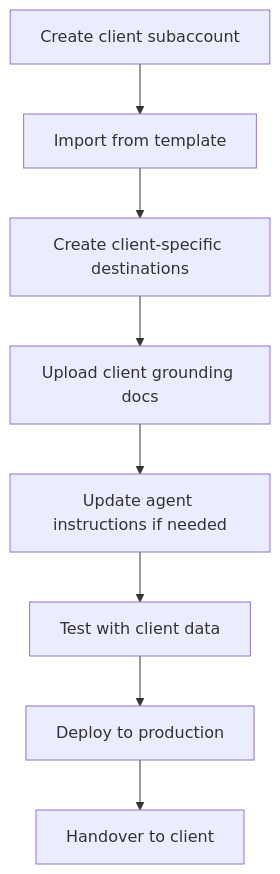
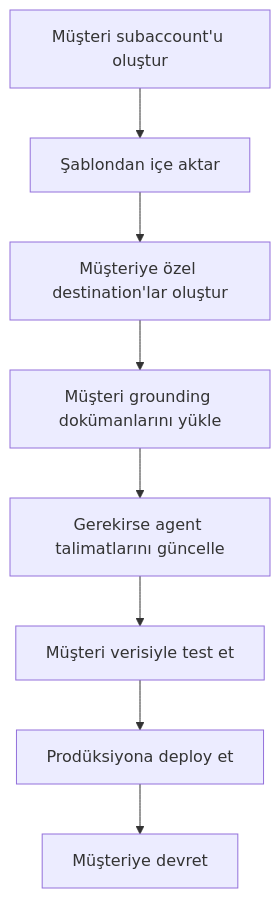
Before and after one commit to beyhanmeyrali/sap-all: the third of 8 diagrams in Technical Tutorials/BTP/TR/chapters/13-cross-customer-deployments.md, drawn with Mermaid. The commit also changed other lines of this file and 11 other files, not shown here.

````diff
--- a/Technical Tutorials/BTP/TR/chapters/13-cross-customer-deployments.md
+++ b/Technical Tutorials/BTP/TR/chapters/13-cross-customer-deployments.md
@@ -87,10 +87,10 @@
 ```mermaid
 flowchart TD
-    A[Create client subaccount] --> B[Import from template]
-    B --> C[Create client-specific destinations]
-    C --> D[Upload client grounding docs]
-    D --> E[Update agent instructions if needed]
-    E --> F[Test with client data]
-    F --> G[Deploy to production]
-    G --> H[Handover to client]
+    A[Müşteri subaccount'u oluştur] --> B[Şablondan içe aktar]
+    B --> C[Müşteriye özel destination'lar oluştur]
+    C --> D[Müşteri grounding dokümanlarını yükle]
+    D --> E[Gerekirse agent talimatlarını güncelle]
+    E --> F[Müşteri verisiyle test et]
+    F --> G[Prodüksiyona deploy et]
+    G --> H[Müşteriye devret]
 ```
````
